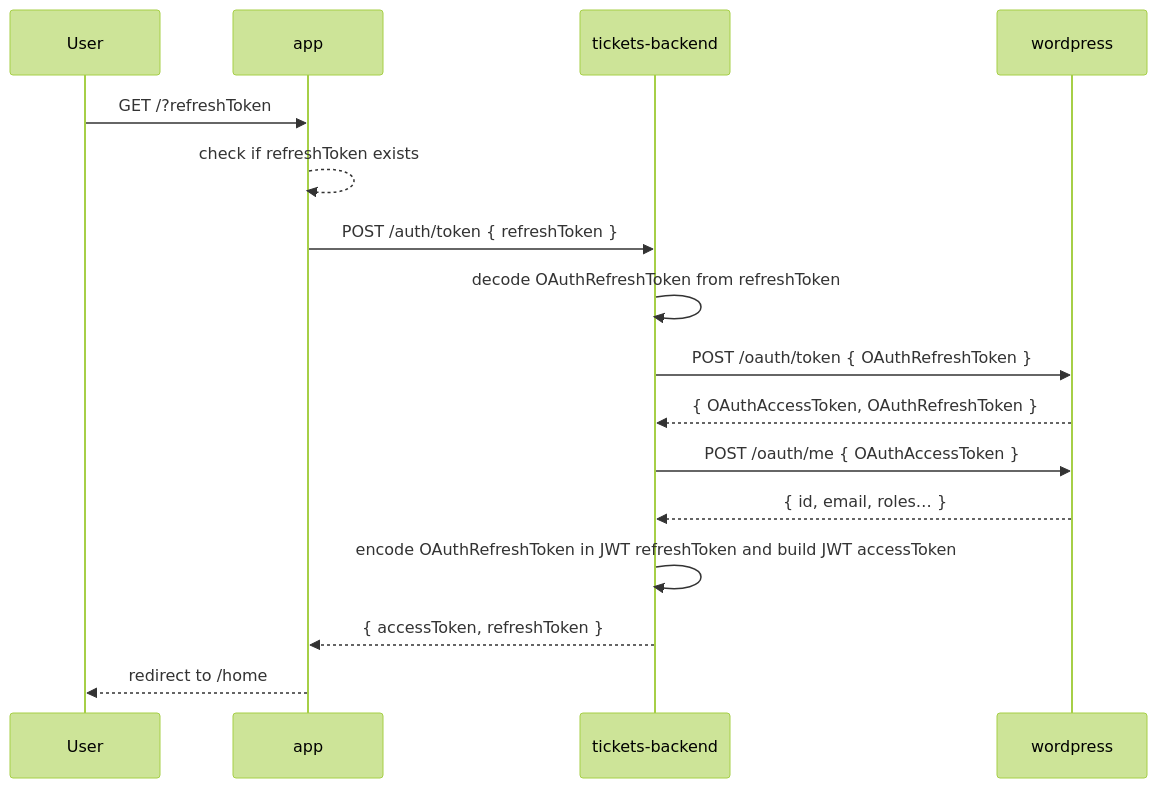
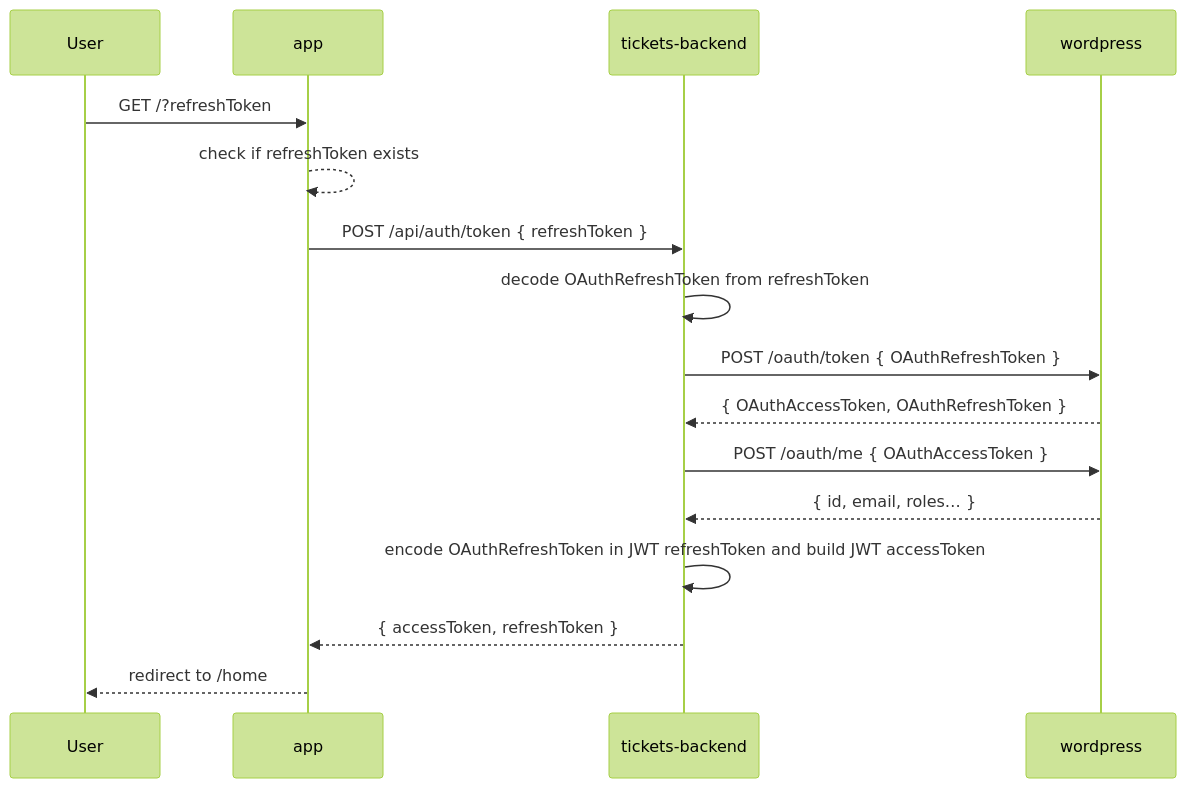
Before and after one commit to coworking-metz/tickets-backend: the second of 2 diagrams in AUTH.md, drawn with Mermaid (forest theme). The commit also changed other lines of this file, not shown here.

Commit message:
docs(auth): add missing `/api` prefix

````diff
--- a/AUTH.md
+++ b/AUTH.md
@@ -53,14 +52,14 @@
 ```mermaid
 sequenceDiagram
     User->>app: GET /?refreshToken
     app-->>app: check if refreshToken exists
-    app->>tickets-backend: POST /auth/token { refreshToken }
+    app->>tickets-backend: POST /api/auth/token { refreshToken }
     tickets-backend->>tickets-backend: decode OAuthRefreshToken from refreshToken
     tickets-backend->>wordpress: POST /oauth/token { OAuthRefreshToken }
     wordpress-->>tickets-backend: { OAuthAccessToken, OAuthRefreshToken }
     tickets-backend->>wordpress: POST /oauth/me { OAuthAccessToken }
     wordpress-->>tickets-backend: { id, email, roles… }
     tickets-backend->>tickets-backend: encode OAuthRefreshToken in JWT refreshToken and build JWT accessToken
     tickets-backend-->>app: { accessToken, refreshToken }
     app-->>User: redirect to /home
 ```
````
